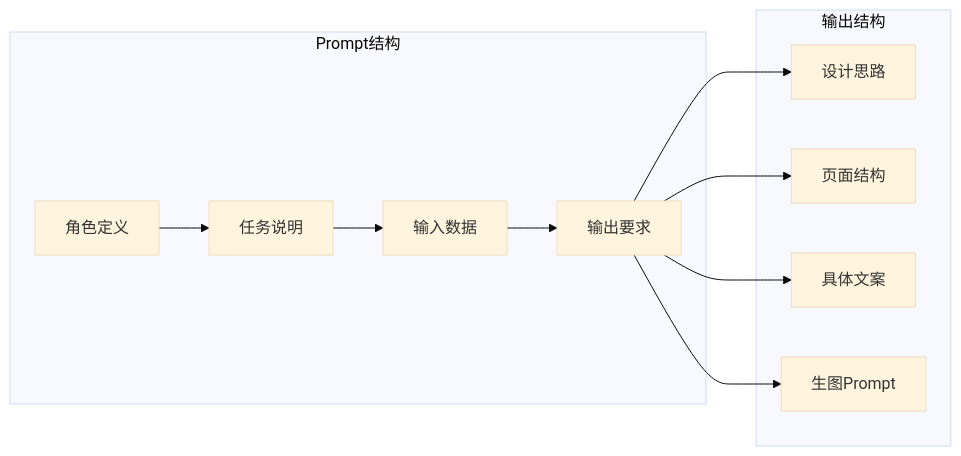
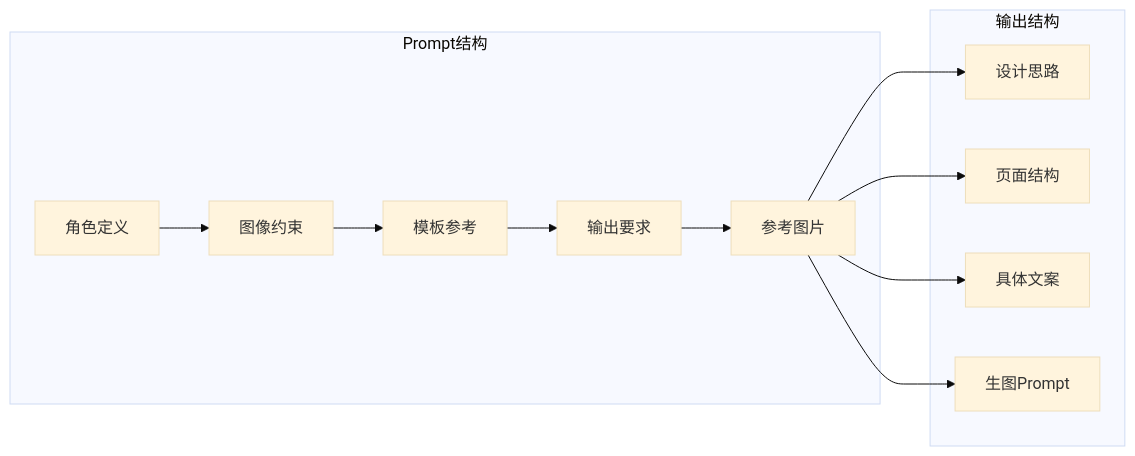
The sixth of 9 diagrams in .qoder/repowiki/zh/content/核心模块详解/方案生成模块.md (WongMingJiu/landingpage-test-hero-page), drawn with Mermaid (base theme) before and after one commit. The commit also changed other lines of this file and 6 other files, not shown here.

````diff
--- a/.qoder/repowiki/zh/content/核心模块详解/方案生成模块.md
+++ b/.qoder/repowiki/zh/content/核心模块详解/方案生成模块.md
@@ -249,22 +283,24 @@
 ```mermaid
 flowchart LR
 subgraph "Prompt结构"
 Role[角色定义]
-Task[任务说明]
-Input[输入数据]
-Output[输出要求]
+Constraints[图像约束]
+Templates[模板参考]
+Requirements[输出要求]
+References[参考图片]
 end
 subgraph "输出结构"
 Design[设计思路]
 Structure[页面结构]
 Content[具体文案]
 ImagePrompt[生图Prompt]
 end
-Role --> Task
-Task --> Input
-Input --> Output
-Output --> Design
-Output --> Structure
-Output --> Content
-Output --> ImagePrompt
+Role --> Constraints
+Constraints --> Templates
+Templates --> Requirements
+Requirements --> References
+References --> Design
+References --> Structure
+References --> Content
+References --> ImagePrompt
 ```
````
